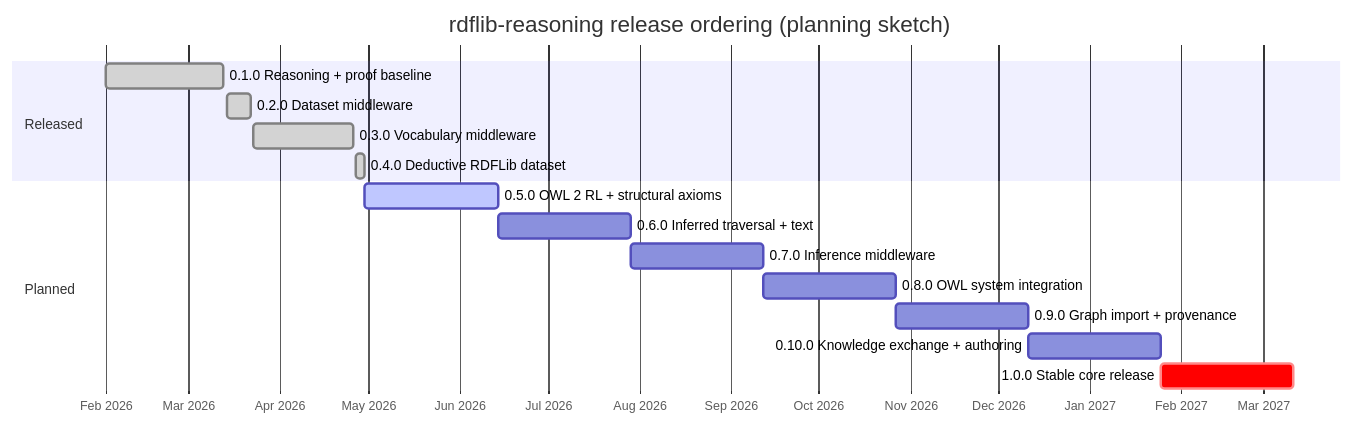
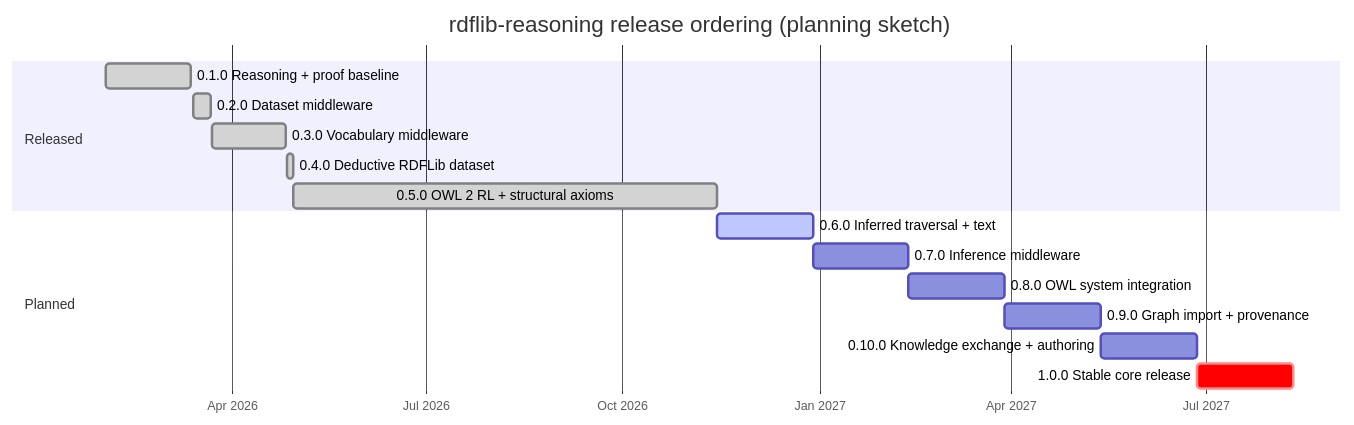
The first of 2 diagrams in docs/dev/roadmap.md (kvjrhall/rdflib-reasoning), drawn with Mermaid before and after one commit. The commit also changed other lines of this file and 2 other files, not shown here.

Commit message:
docs: Update roadmap for version `0.5.0`

````diff
--- a/docs/dev/roadmap.md
+++ b/docs/dev/roadmap.md
@@ -25,19 +25,19 @@
 ```mermaid
 gantt
     title rdflib-reasoning release ordering (planning sketch)
     dateFormat  YYYY-MM-DD
     axisFormat  %b %Y
     section Released
     0.1.0 Reasoning + proof baseline      :done,    r010, 2026-02-01, 2026-03-13
     0.2.0 Dataset middleware              :done,    r020, 2026-03-14, 2026-03-22
     0.3.0 Vocabulary middleware           :done,    r030, 2026-03-23, 2026-04-26
     0.4.0 Deductive RDFLib dataset        :done,    r040, 2026-04-27, 2026-04-30
+    0.5.0 OWL 2 RL + structural axioms    :done,    r050, after r040, 2026-11-14
     section Planned
-    0.5.0 OWL 2 RL + structural axioms    :active,  r050, after r040, 45d
-    0.6.0 Inferred traversal + text       :         r060, after r050, 45d
+    0.6.0 Inferred traversal + text       :active,  r060, after r050, 45d
     0.7.0 Inference middleware            :         r070, after r060, 45d
     0.8.0 OWL system integration          :         r080, after r070, 45d
     0.9.0 Graph import + provenance       :         r090, after r080, 45d
     0.10.0 Knowledge exchange + authoring :         r100, after r090, 45d
     1.0.0 Stable core release             :crit,    r1, after r100, 45d
 ```
````
